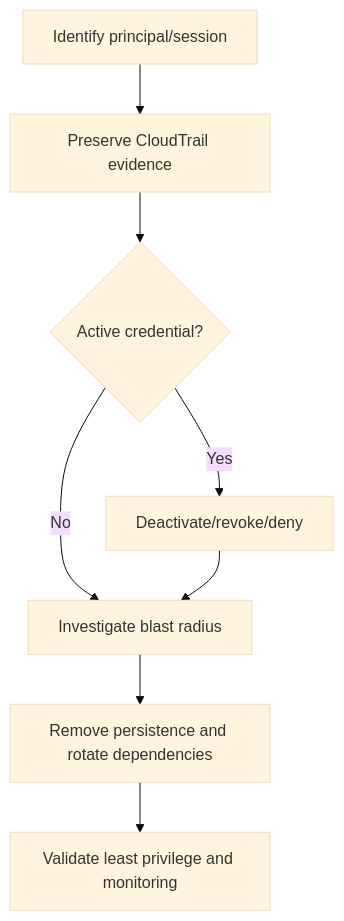
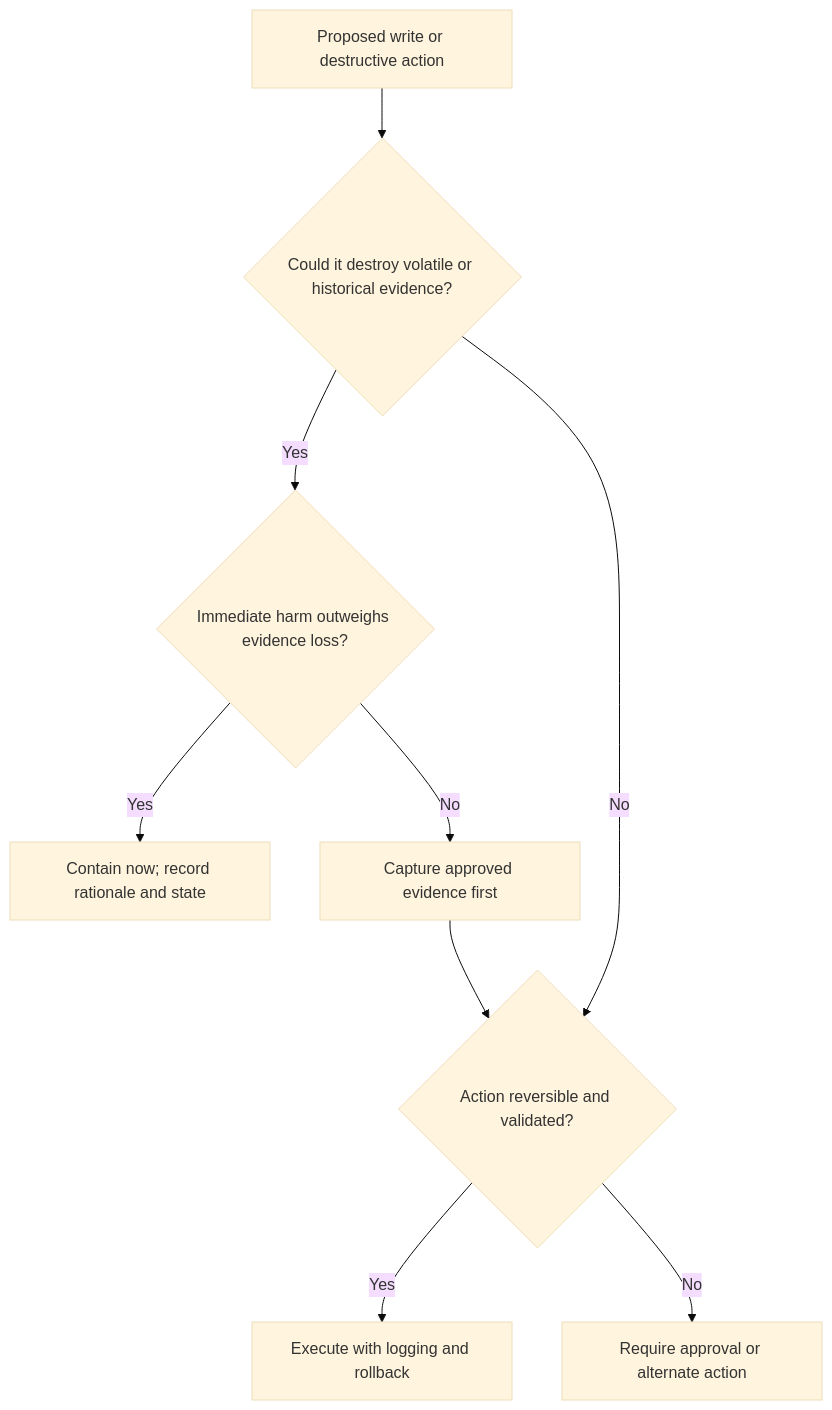
One commit to cliffvj/aws-incident-response-playbook changed the second of 4 diagrams in docs/decision-trees.md. Above: the diagram before and after it, drawn with Mermaid (base theme). The commit also changed other lines of this file and 25 other files, not shown here.

````diff
--- a/docs/decision-trees.md
+++ b/docs/decision-trees.md
@@ -19,10 +40,11 @@
 ```mermaid
 flowchart TD
- A[Identify principal/session] --> B[Preserve CloudTrail evidence]
- B --> C{Active credential?}
- C -- Yes --> D[Deactivate/revoke/deny]
- C -- No --> E[Investigate blast radius]
- D --> E
- E --> F[Remove persistence and rotate dependencies]
- F --> G[Validate least privilege and monitoring]
+    A[Proposed write or destructive action] --> B{Could it destroy volatile or historical evidence?}
+    B -- Yes --> C{Immediate harm outweighs evidence loss?}
+    C -- Yes --> D[Contain now; record rationale and state]
+    C -- No --> E[Capture approved evidence first]
+    B -- No --> F{Action reversible and validated?}
+    E --> F
+    F -- Yes --> G[Execute with logging and rollback]
+    F -- No --> H[Require approval or alternate action]
 ```
````
